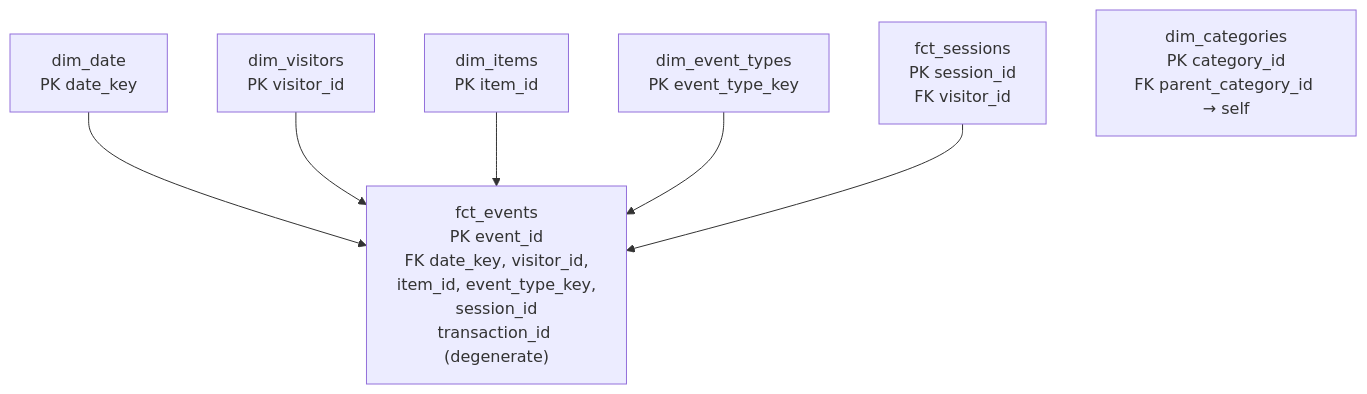
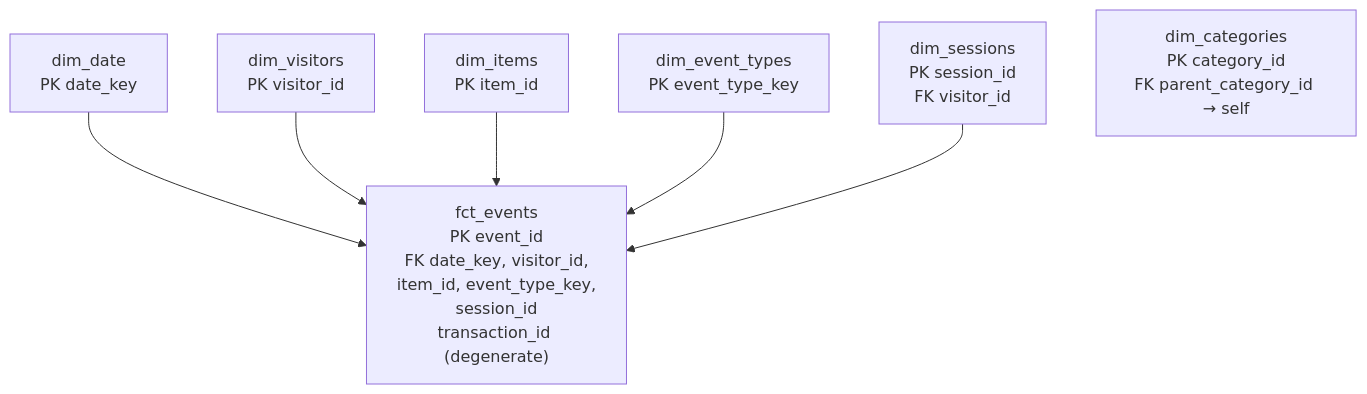
Before and after one commit to whunotexplain/marketplace-product-analytics: the second of 2 diagrams in docs/architecture.md, drawn with Mermaid. The commit also changed other lines of this file, not shown here.

Commit message:
docs: align session modeling with dimensional schema

````diff
--- a/docs/architecture.md
+++ b/docs/architecture.md
@@ -79,17 +79,17 @@
 ```mermaid
 flowchart TB
     F["fct_events<br/>PK event_id<br/>FK date_key, visitor_id,<br/>item_id, event_type_key,<br/>session_id<br/>transaction_id (degenerate)"]
 
     D1["dim_date<br/>PK date_key"]
     D2["dim_visitors<br/>PK visitor_id"]
     D3["dim_items<br/>PK item_id"]
     D4["dim_event_types<br/>PK event_type_key"]
-    D5["fct_sessions<br/>PK session_id<br/>FK visitor_id"]
+    D5["dim_sessions<br/>PK session_id<br/>FK visitor_id"]
     D6["dim_categories<br/>PK category_id<br/>FK parent_category_id → self"]
 
     D1 --> F
     D2 --> F
     D3 --> F
     D4 --> F
     D5 --> F
 ```
````
